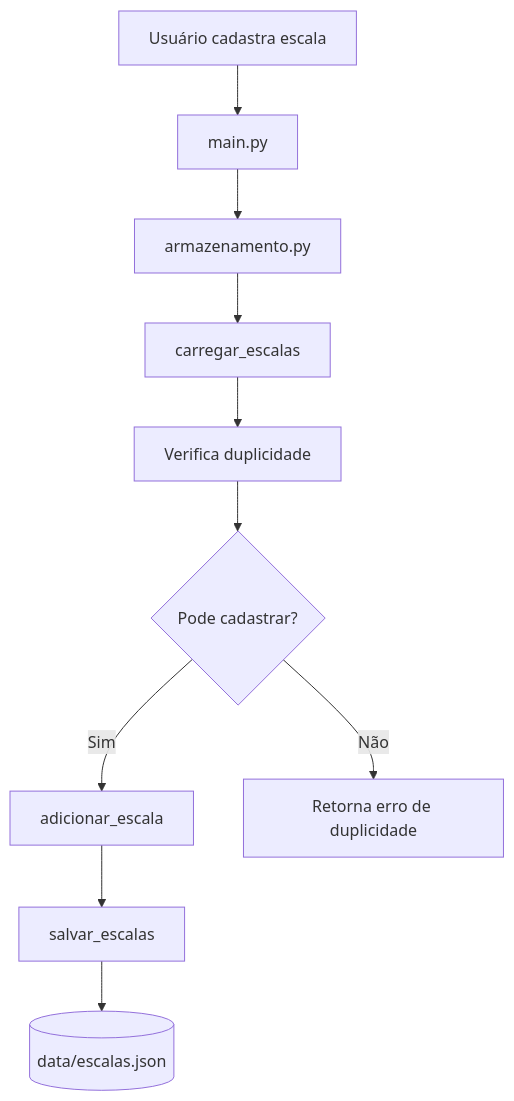
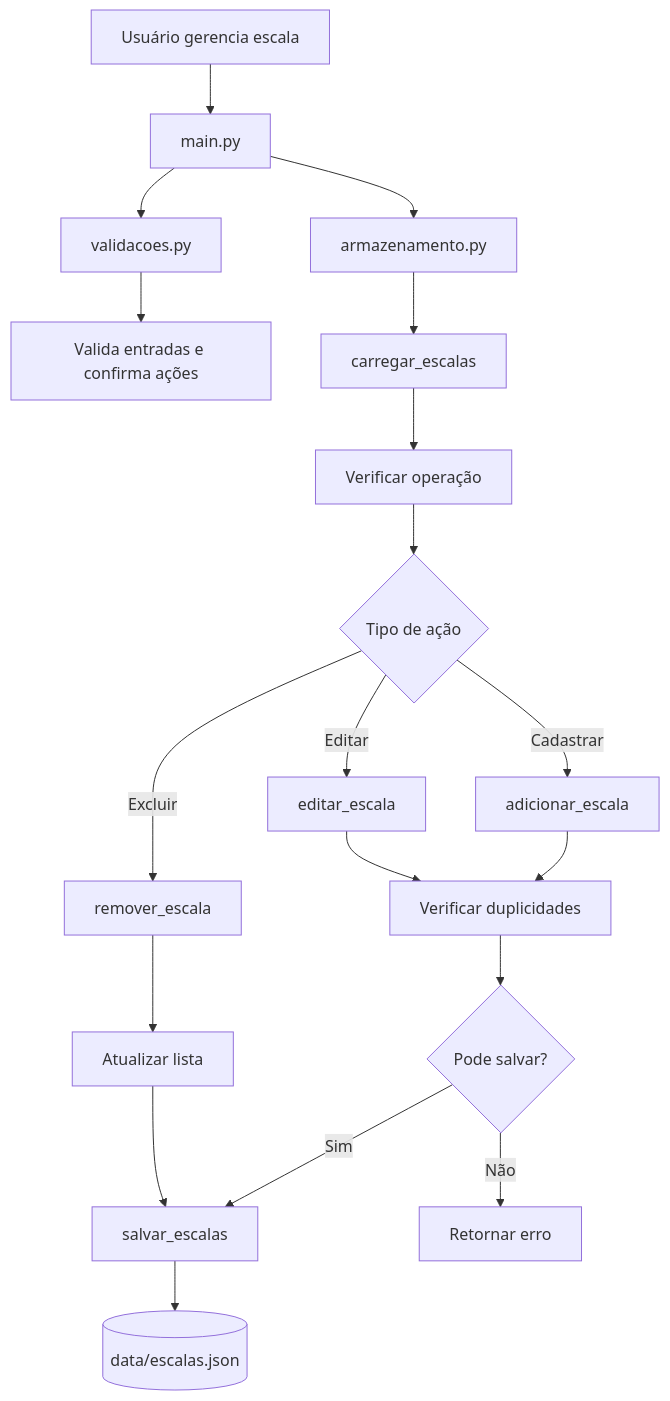
One commit to Dinox75/simulador-escala-trabalho changed the third of 4 diagrams in README.md. Above: the diagram before and after it, drawn with Mermaid. The commit also changed other lines of this file, not shown here.

````diff
--- a/README.md
+++ b/README.md
@@ -545,12 +644,27 @@
 ```mermaid
 flowchart TD
-    A[Usuário cadastra escala] --> B[main.py]
-    B --> C[armazenamento.py]
-    C --> D[carregar_escalas]
-    D --> E[Verifica duplicidade]
-    E --> F{Pode cadastrar?}
-    F -->|Sim| G[adicionar_escala]
-    G --> H[salvar_escalas]
-    H --> I[(data/escalas.json)]
-    F -->|Não| J[Retorna erro de duplicidade]
+    A[Usuário gerencia escala] --> B[main.py]
+    B --> C[validacoes.py]
+    B --> D[armazenamento.py]
+
+    C --> E[Valida entradas e confirma ações]
+
+    D --> F[carregar_escalas]
+    F --> G[Verificar operação]
+
+    G --> H{Tipo de ação}
+    H -->|Cadastrar| I[adicionar_escala]
+    H -->|Editar| J[editar_escala]
+    H -->|Excluir| K[remover_escala]
+
+    I --> L[Verificar duplicidades]
+    J --> L
+    K --> M[Atualizar lista]
+
+    L --> N{Pode salvar?}
+    N -->|Sim| O[salvar_escalas]
+    N -->|Não| P[Retornar erro]
+
+    M --> O
+    O --> Q[(data/escalas.json)]
 ```
````
